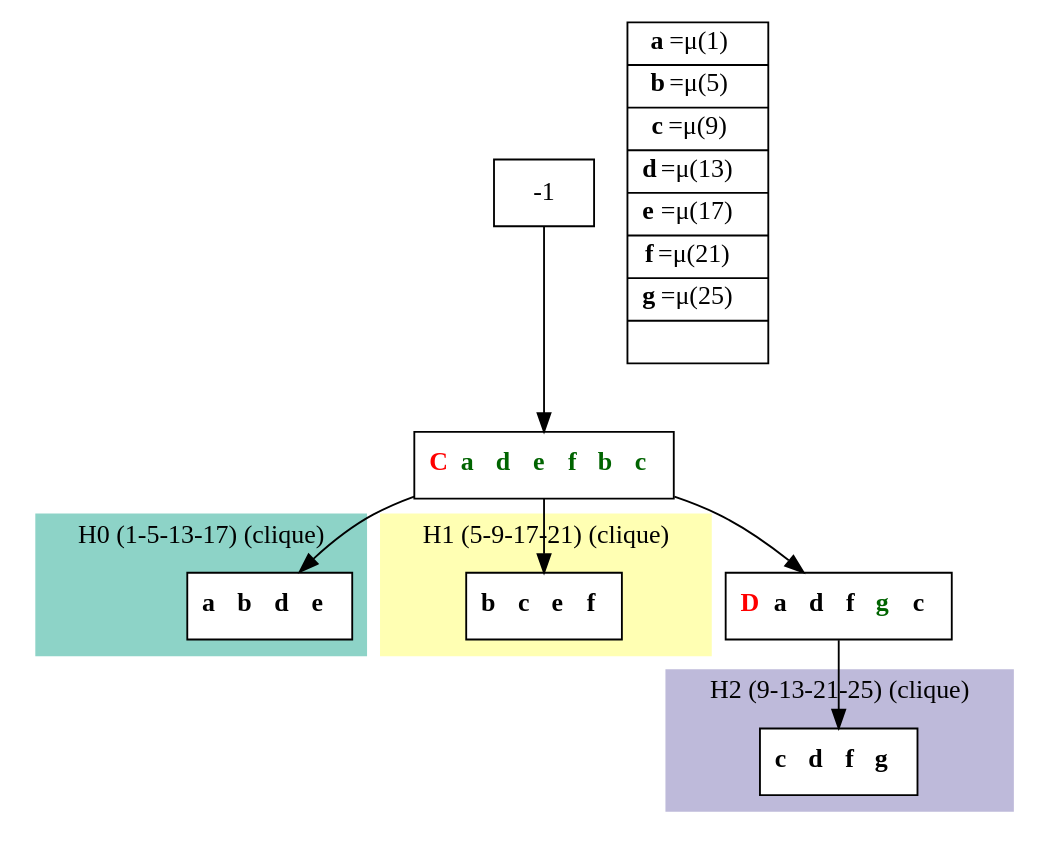
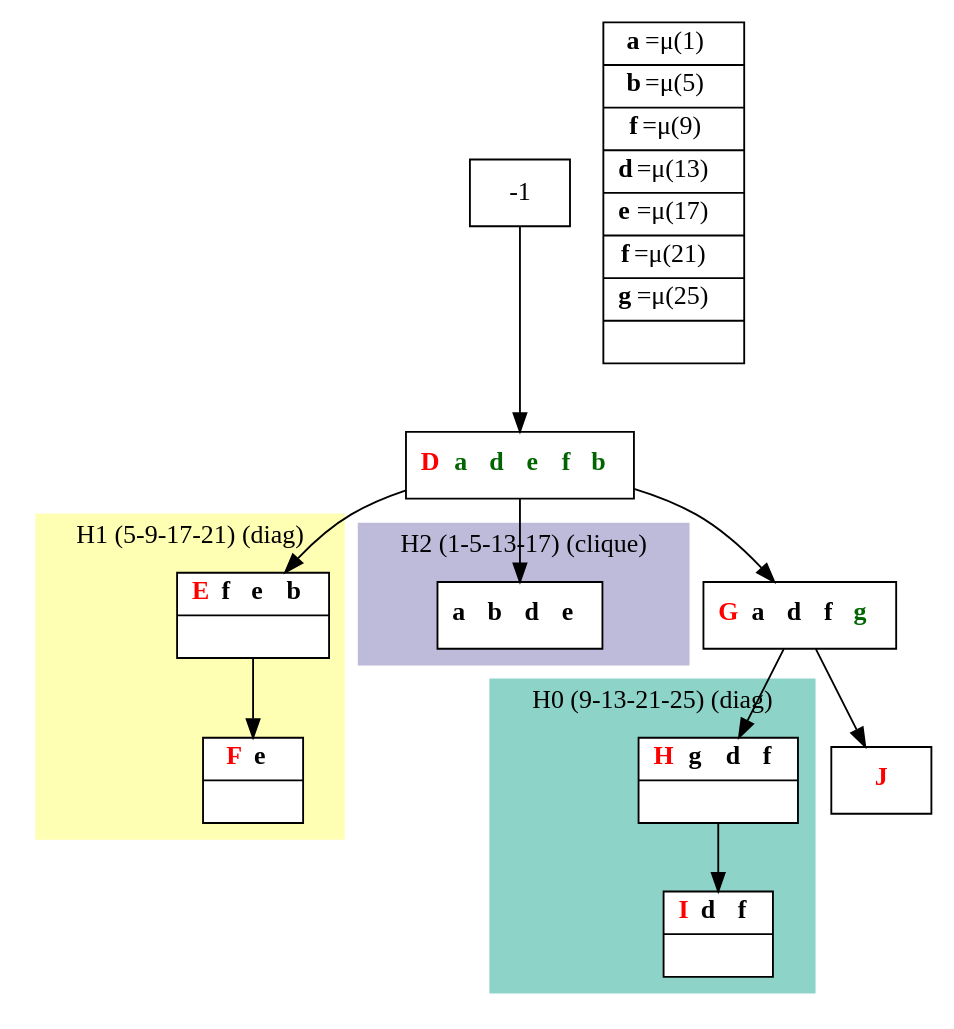
The diagram in results/compact_dot_files/compact_L_letters.dot (bmarchand/auto-dp), drawn with Graphviz before and after one commit. The commit also changed 89 other files, not shown here.

```diff
--- a/results/compact_dot_files/compact_L_letters.dot
+++ b/results/compact_dot_files/compact_L_letters.dot
@@ -1,38 +1,42 @@
 digraph G {
     node [shape=box];
     subgraph cluster0 {
         node [style=filled,fillcolor=white];
         labeljust="l";
         style=filled;
         color="#8DD3C7";
-        H0_0;
-        label="H0 (1-5-13-17) (clique)";
+        H0_0 -> H0_5;
+        label="H0 (9-13-21-25) (diag)";
     }
     subgraph cluster1 {
         node [style=filled,fillcolor=white];
         labeljust="l";
         style=filled;
         color="#FFFFB3";
-        H1_0;
-        label="H1 (5-9-17-21) (clique)";
+        H1_0 -> H1_5;
+        label="H1 (5-9-17-21) (diag)";
     }
     subgraph cluster2 {
         node [style=filled,fillcolor=white];
         labeljust="l";
         style=filled;
         color="#BEBADA";
         H2_0;
-        label="H2 (9-13-21-25) (clique)";
+        label="H2 (1-5-13-17) (clique)";
     }
-     1 [shape=record,label= <{  <FONT COLOR="RED"><b>C</b></FONT> <b><FONT COLOR="DARKGREEN">a </FONT></b> <b><FONT COLOR="DARKGREEN">d </FONT></b> <b><FONT COLOR="DARKGREEN">e </FONT></b> <b><FONT COLOR="DARKGREEN">f </FONT></b> <b><FONT COLOR="DARKGREEN">b </FONT></b> <b><FONT COLOR="DARKGREEN">c </FONT></b>}> ];
+     1 [shape=record,label= <{  <FONT COLOR="RED"><b>D</b></FONT> <b><FONT COLOR="DARKGREEN">a </FONT></b> <b><FONT COLOR="DARKGREEN">d </FONT></b> <b><FONT COLOR="DARKGREEN">e </FONT></b> <b><FONT COLOR="DARKGREEN">f </FONT></b> <b><FONT COLOR="DARKGREEN">b </FONT></b>}> ];
      -1  ->  1;
-     H0_0 [shape=record,label= <{ <b>a </b> <b>b </b> <b>d </b> <b>e </b>}> ];
-     1  ->  H0_0;
-     14 [shape=record,label= <{  <FONT COLOR="RED"><b>D</b></FONT> <b>a </b> <b>d </b> <b>f </b> <b><FONT COLOR="DARKGREEN">g </FONT></b> <b>c </b>}> ];
+     H2_0 [shape=record,label= <{ <b>a </b> <b>b </b> <b>d </b> <b>e </b>}> ];
+     1  ->  H2_0;
+     H1_0 [shape=record,label= <{  <FONT COLOR="RED"><b>E</b></FONT> <b>f </b> <b>e </b> <b>b </b>| }> ];
+     1  ->  H1_0;
+     H1_5 [shape=record,label= <{  <FONT COLOR="RED"><b>F</b></FONT> <b>e </b>| }> ];
+     14 [shape=record,label= <{  <FONT COLOR="RED"><b>G</b></FONT> <b>a </b> <b>d </b> <b>f </b> <b><FONT COLOR="DARKGREEN">g </FONT></b>}> ];
      1  ->  14;
-     H2_0 [shape=record,label= <{ <b>c </b> <b>d </b> <b>f </b> <b>g </b>}> ];
-     14  ->  H2_0;
-     H1_0 [shape=record,label= <{ <b>b </b> <b>c </b> <b>e </b> <b>f </b>}> ];
-     1  ->  H1_0;
-    labels [shape=record,label= <{<b>a</b>=&#956;(1) | <b>b</b>=&#956;(5) | <b>c</b>=&#956;(9) | <b>d</b>=&#956;(13) | <b>e</b>=&#956;(17) | <b>f</b>=&#956;(21) | <b>g</b>=&#956;(25) | }> ];
+     H0_0 [shape=record,label= <{  <FONT COLOR="RED"><b>H</b></FONT> <b>g </b> <b>d </b> <b>f </b>| }> ];
+     14  ->  H0_0;
+     H0_5 [shape=record,label= <{  <FONT COLOR="RED"><b>I</b></FONT> <b>d </b> <b>f </b>| }> ];
+     _1 [shape=record,label= <{  <FONT COLOR="RED"><b>J</b></FONT>}> ];
+     14  ->  _1;
+    labels [shape=record,label= <{<b>a</b>=&#956;(1) | <b>b</b>=&#956;(5) | <b>f</b>=&#956;(9) | <b>d</b>=&#956;(13) | <b>e</b>=&#956;(17) | <b>f</b>=&#956;(21) | <b>g</b>=&#956;(25) | }> ];
 }
```
